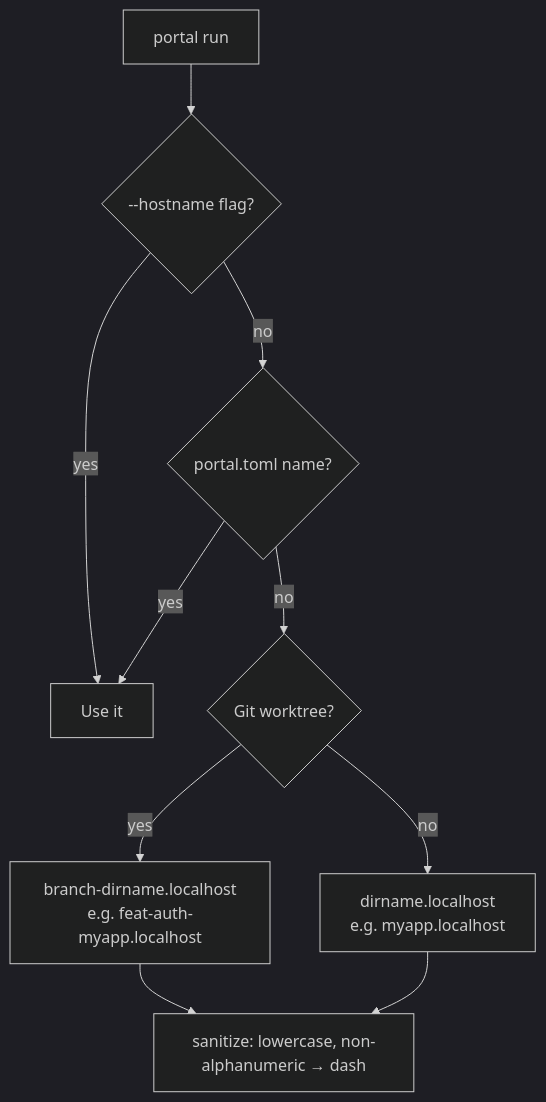
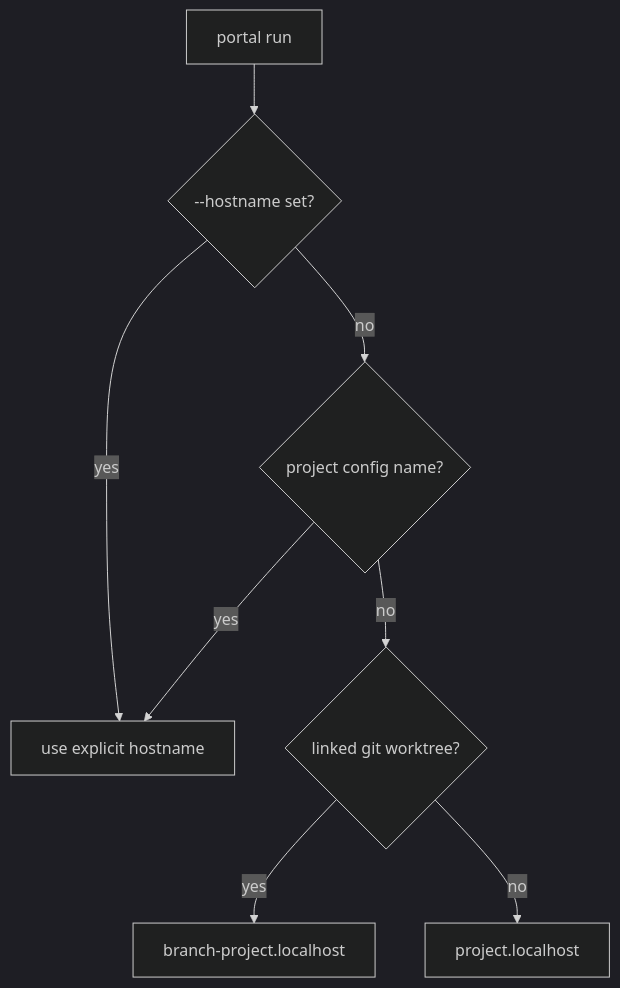
One commit to been-there-done-that/portal changed the fifth of 8 diagrams in README.md. Above: the diagram before and after it, drawn with Mermaid (dark theme). The commit also changed other lines of this file and 4 other files, not shown here.

````diff
--- a/README.md
+++ b/README.md
@@ -169,12 +186,10 @@
 ```mermaid
 flowchart TD
-    A[portal run] --> B{--hostname flag?}
-    B -->|yes| Z[Use it]
-    B -->|no| C{portal.toml name?}
+    A["portal run"] --> B{"--hostname set?"}
+    B -->|yes| Z["use explicit hostname"]
+    B -->|no| C{"project config name?"}
     C -->|yes| Z
-    C -->|no| D{Git worktree?}
-    D -->|yes| E["branch-dirname.localhost\ne.g. feat-auth-myapp.localhost"]
-    D -->|no| F["dirname.localhost\ne.g. myapp.localhost"]
-    E --> G[sanitize: lowercase, non-alphanumeric → dash]
-    F --> G
+    C -->|no| D{"linked git worktree?"}
+    D -->|yes| E["branch-project.localhost"]
+    D -->|no| F["project.localhost"]
 ```
````
